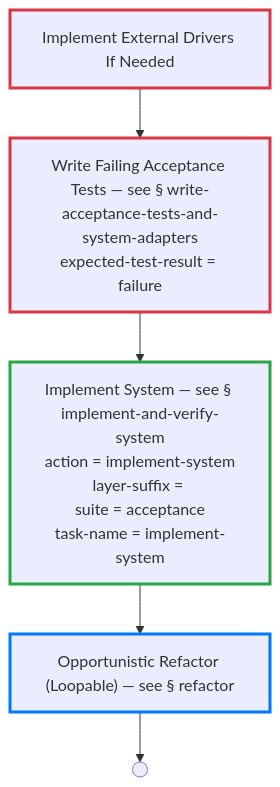
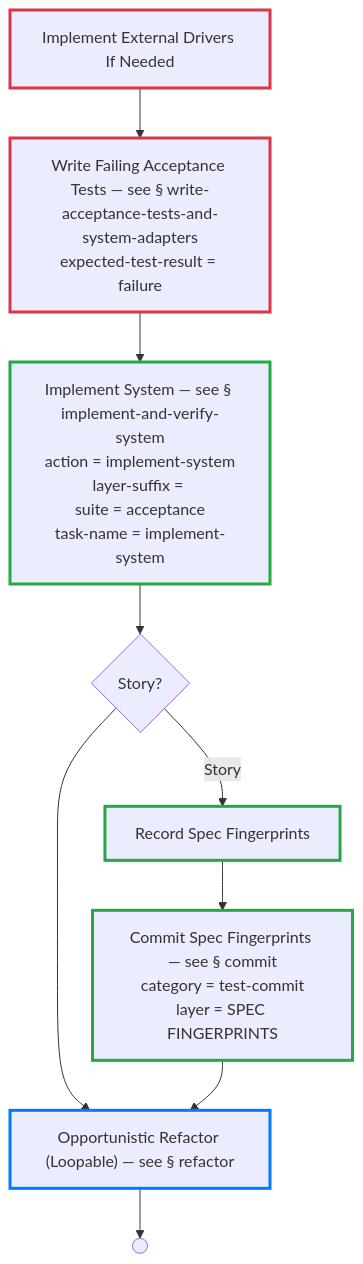
Before and after one commit to optivem/gh-optivem: the seventh of 58 diagrams in docs/process-diagram.md, drawn with Mermaid. The commit also changed other lines of this file and 13 other files, not shown here.

Commit message:
Implement-ticket records spec fingerprints automatically after acceptance tests go green (D3d)

````diff
--- a/docs/process-diagram.md
+++ b/docs/process-diagram.md
@@ -171,22 +171,29 @@
 ```mermaid
 flowchart TD
     IMPLEMENT_EXTERNAL_DRIVERS_IF_NEEDED[Implement External Drivers If Needed]
     WRITE_ACCEPTANCE_TESTS_AND_SYSTEM_ADAPTERS["Write Failing Acceptance Tests — see § write-acceptance-tests-and-system-adapters<br/>expected-test-result = failure"]
     IMPLEMENT_AND_VERIFY_SYSTEM["Implement System — see § implement-and-verify-system<br/>action = implement-system<br/>layer-suffix = <br/>suite = acceptance<br/>task-name = implement-system"]
+    GATE_STORY_SPEC_RECORD{Story?}
+    RECORD_SPEC_FINGERPRINTS[Record Spec Fingerprints]
     REFACTOR_OPPORTUNISTICALLY["Opportunistic Refactor (Loopable) — see § refactor"]
+    COMMIT_SPEC_FINGERPRINTS["Commit Spec Fingerprints — see § commit<br/>category = test-commit<br/>layer = SPEC FINGERPRINTS"]
     CHANGE_SYSTEM_BEHAVIOR_END(( ))
 
     IMPLEMENT_EXTERNAL_DRIVERS_IF_NEEDED --> WRITE_ACCEPTANCE_TESTS_AND_SYSTEM_ADAPTERS
     WRITE_ACCEPTANCE_TESTS_AND_SYSTEM_ADAPTERS --> IMPLEMENT_AND_VERIFY_SYSTEM
-    IMPLEMENT_AND_VERIFY_SYSTEM --> REFACTOR_OPPORTUNISTICALLY
+    IMPLEMENT_AND_VERIFY_SYSTEM --> GATE_STORY_SPEC_RECORD
+    GATE_STORY_SPEC_RECORD -- Story --> RECORD_SPEC_FINGERPRINTS
+    GATE_STORY_SPEC_RECORD --> REFACTOR_OPPORTUNISTICALLY
+    RECORD_SPEC_FINGERPRINTS --> COMMIT_SPEC_FINGERPRINTS
+    COMMIT_SPEC_FINGERPRINTS --> REFACTOR_OPPORTUNISTICALLY
     REFACTOR_OPPORTUNISTICALLY --> CHANGE_SYSTEM_BEHAVIOR_END
 
     classDef tddRedNode stroke:#dc3545,stroke-width:3px
     class IMPLEMENT_EXTERNAL_DRIVERS_IF_NEEDED,WRITE_ACCEPTANCE_TESTS_AND_SYSTEM_ADAPTERS tddRedNode
 
     classDef tddGreenNode stroke:#28a745,stroke-width:3px
-    class IMPLEMENT_AND_VERIFY_SYSTEM tddGreenNode
+    class COMMIT_SPEC_FINGERPRINTS,IMPLEMENT_AND_VERIFY_SYSTEM,RECORD_SPEC_FINGERPRINTS tddGreenNode
 
     classDef tddRefactorNode stroke:#007bff,stroke-width:3px
     class REFACTOR_OPPORTUNISTICALLY tddRefactorNode
 ```
````
